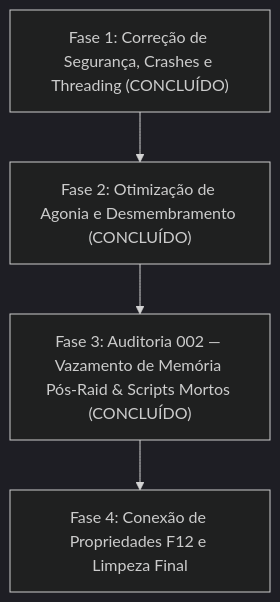
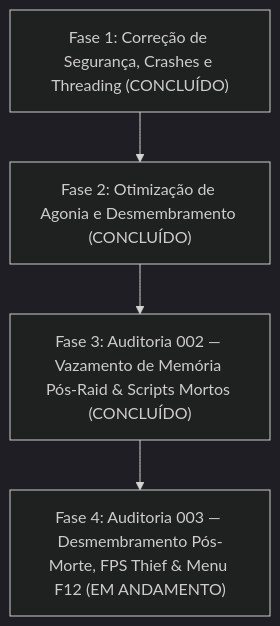
One commit to guilhermebvdm/tarkov-spt-4.0 changed the diagram in mods/VisceralCombat/docs/refactor-roadmap.md. Above: the diagram before and after it, drawn with Mermaid (dark theme). The commit also changed other lines of this file and 1 other file, not shown here.

Commit message:
docs(VisceralCombat): update audit report 003 and roadmap with post-mortem dismemberment and CPU optimization

````diff
--- a/mods/VisceralCombat/docs/refactor-roadmap.md
+++ b/mods/VisceralCombat/docs/refactor-roadmap.md
@@ -28,6 +28,6 @@
 ```mermaid
 graph TD
     Phase1["Fase 1: Correção de Segurança, Crashes e Threading (CONCLUÍDO)"] --> Phase2["Fase 2: Otimização de Agonia e Desmembramento (CONCLUÍDO)"]
     Phase2 --> Phase3["Fase 3: Auditoria 002 — Vazamento de Memória Pós-Raid & Scripts Mortos (CONCLUÍDO)"]
-    Phase3 --> Phase4["Fase 4: Conexão de Propriedades F12 e Limpeza Final"]
+    Phase3 --> Phase4["Fase 4: Auditoria 003 — Desmembramento Pós-Morte, FPS Thief & Menu F12 (EM ANDAMENTO)"]
 ```
````
